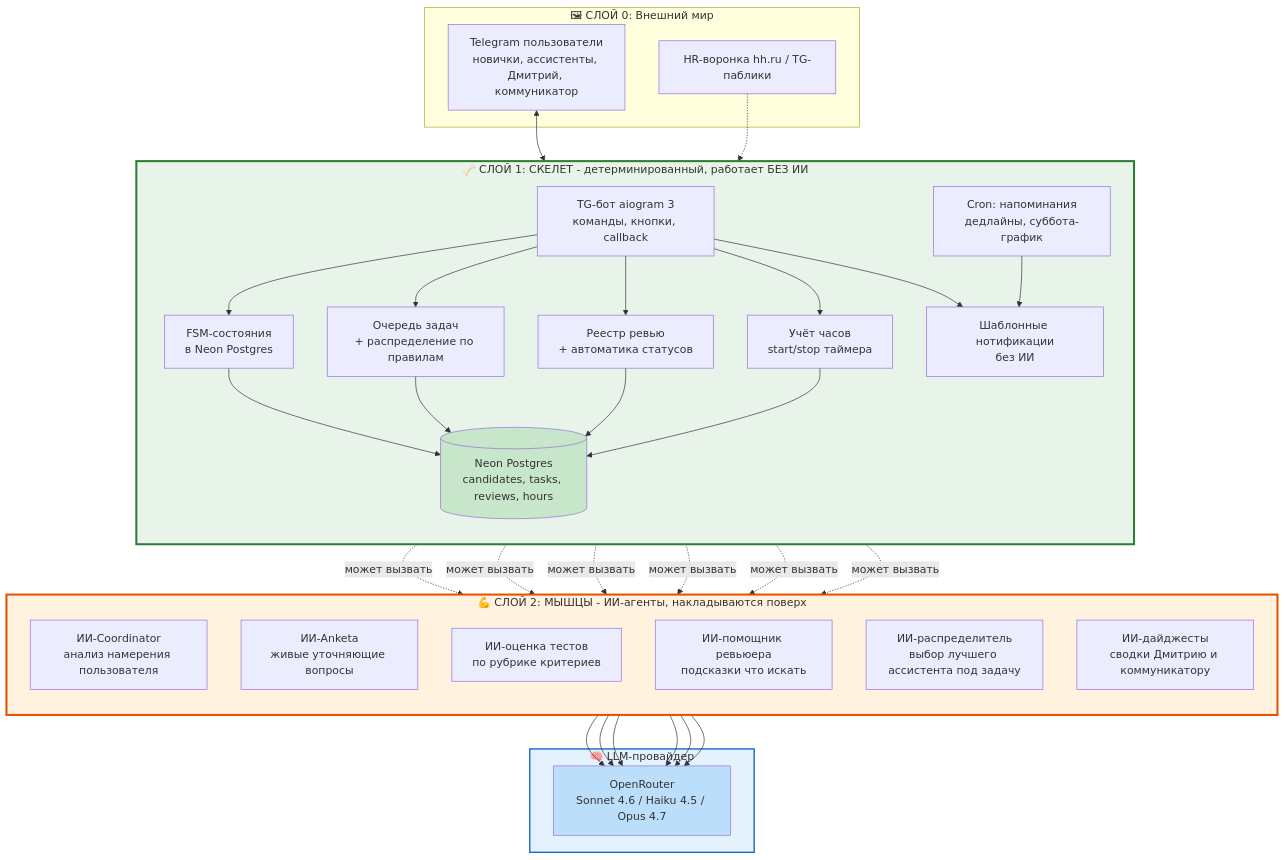
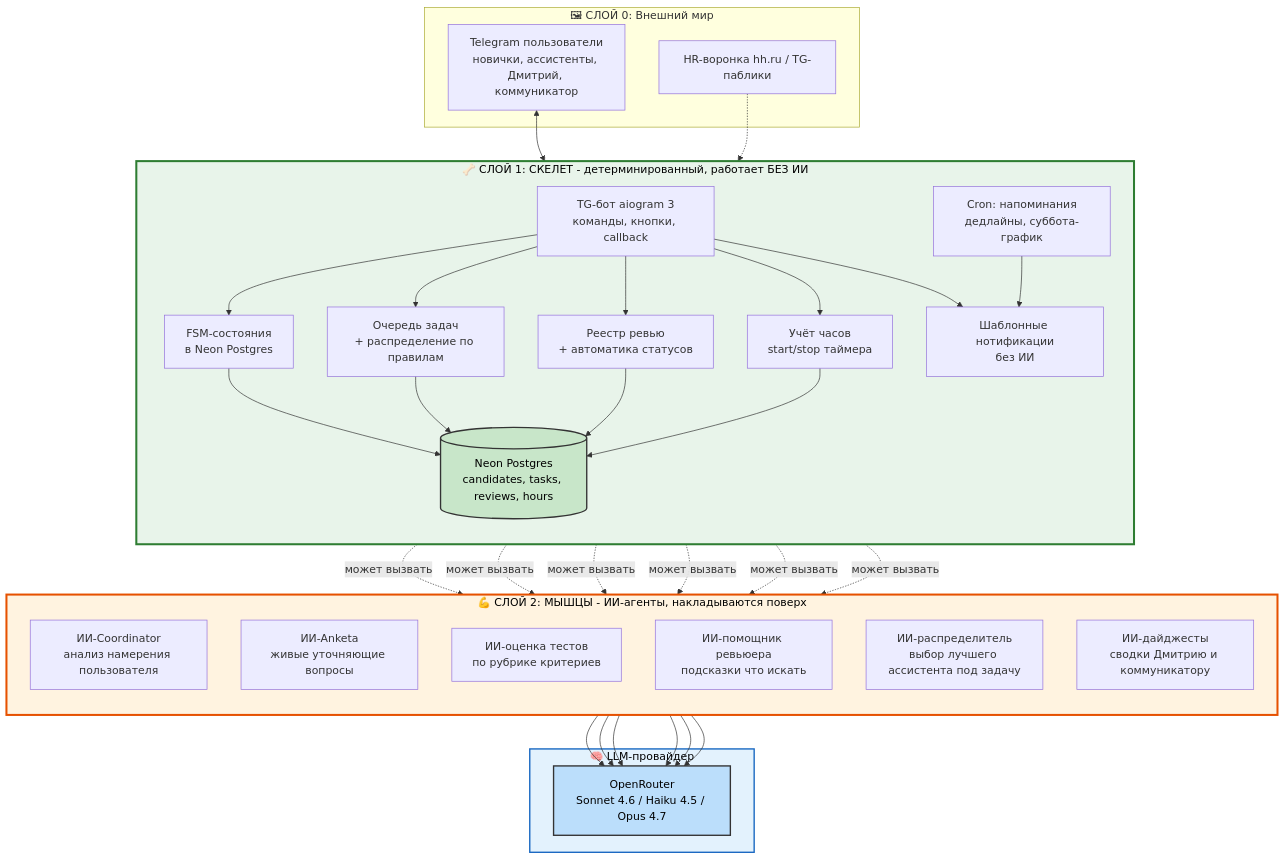
The first of 4 diagrams in docs/ARCHITECTURE_AND_QUESTIONS.md (kokolsk1y/assistant-hub), drawn with Mermaid before and after one commit. The commit also changed other lines of this file and 2 other files, not shown here.

First line of the commit message:
docs: README.md + улучшение читаемости Mermaid в .md

````diff
--- a/docs/ARCHITECTURE_AND_QUESTIONS.md
+++ b/docs/ARCHITECTURE_AND_QUESTIONS.md
@@ -27,62 +37,62 @@
 ```mermaid
 flowchart TB
     subgraph Pres["🖼 СЛОЙ 0: Внешний мир"]
         TG[Telegram пользователи<br/>новички, ассистенты, Дмитрий, коммуникатор]
         HR[HR-воронка hh.ru / TG-паблики]
     end
 
     subgraph Skeleton["🦴 СЛОЙ 1: СКЕЛЕТ - детерминированный, работает БЕЗ ИИ"]
         direction TB
         Bot[TG-бот aiogram 3<br/>команды, кнопки, callback]
         FSM[FSM-состояния<br/>в Neon Postgres]
         Queue[Очередь задач<br/>+ распределение по правилам]
         Reviews[Реестр ревью<br/>+ автоматика статусов]
         Hours[Учёт часов<br/>start/stop таймера]
         Notif[Шаблонные нотификации<br/>без ИИ]
         Cron[Cron: напоминания<br/>дедлайны, суббота-график]
         DB[(Neon Postgres<br/>candidates, tasks, reviews, hours)]
     end
 
     subgraph Muscles["💪 СЛОЙ 2: МЫШЦЫ - ИИ-агенты, накладываются поверх"]
         direction TB
         AICoord[ИИ-Coordinator<br/>анализ намерения пользователя]
         AIAnketa[ИИ-Anketa<br/>живые уточняющие вопросы]
         AIEval[ИИ-оценка тестов<br/>по рубрике критериев]
         AIReview[ИИ-помощник ревьюера<br/>подсказки что искать]
         AIDist[ИИ-распределитель<br/>выбор лучшего ассистента под задачу]
         AIDigest[ИИ-дайджесты<br/>сводки Дмитрию и коммуникатору]
     end
 
     subgraph Brain["🧠 LLM-провайдер"]
         OR[OpenRouter<br/>Sonnet 4.6 / Haiku 4.5 / Opus 4.7]
     end
 
     TG <--> Bot
     HR -.-> Bot
 
     Bot --> FSM
     Bot --> Queue
     Bot --> Reviews
     Bot --> Hours
     Bot --> Notif
     Cron --> Notif
     FSM --> DB
     Queue --> DB
     Reviews --> DB
     Hours --> DB
 
     Bot -.может вызвать.-> AICoord
     FSM -.может вызвать.-> AIAnketa
     Queue -.может вызвать.-> AIDist
     Reviews -.может вызвать.-> AIEval
     Reviews -.может вызвать.-> AIReview
     Cron -.может вызвать.-> AIDigest
 
     AICoord & AIAnketa & AIEval & AIReview & AIDist & AIDigest --> OR
 
-    style Skeleton fill:#e8f4ea,stroke:#2e7d32,stroke-width:3px
-    style Muscles fill:#fff3e0,stroke:#e65100,stroke-width:3px
-    style Brain fill:#e3f2fd,stroke:#1565c0,stroke-width:2px
-    style DB fill:#c8e6c9
-    style OR fill:#bbdefb
+    style Skeleton fill:#e8f4ea,stroke:#2e7d32,stroke-width:3px,color:#000
+    style Muscles fill:#fff3e0,stroke:#e65100,stroke-width:3px,color:#000
+    style Brain fill:#e3f2fd,stroke:#1565c0,stroke-width:2px,color:#000
+    style DB fill:#c8e6c9,color:#000,stroke:#333,stroke-width:2px
+    style OR fill:#bbdefb,color:#000,stroke:#333,stroke-width:2px
 ```
````
